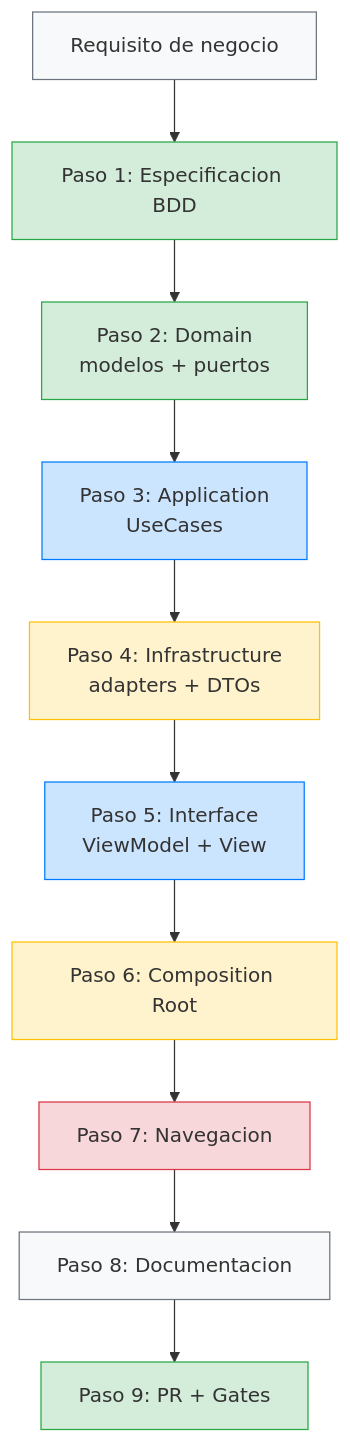
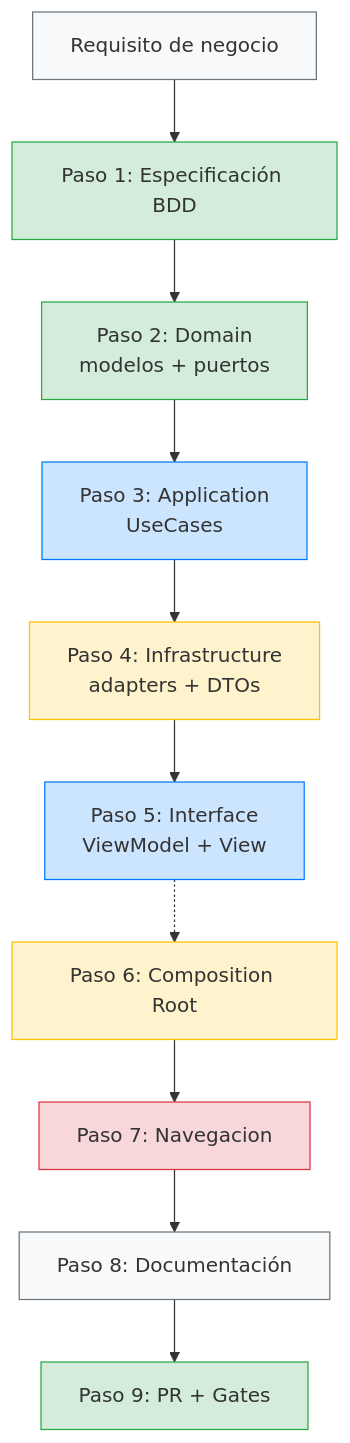
The diagram in anexos/guia-nueva-feature.md (SwiftEnProfundidad/stack-my-architecture-ios), drawn with Mermaid before and after one commit. The commit also changed other lines of this file and 130 other files, not shown here.

````diff
--- a/anexos/guia-nueva-feature.md
+++ b/anexos/guia-nueva-feature.md
@@ -332,23 +332,23 @@
 ```mermaid
 flowchart TD
-    REQ["Requisito de negocio"] --> BDD["Paso 1: Especificacion BDD"]
+    REQ["Requisito de negocio"] --> BDD["Paso 1: Especificación BDD"]
     BDD --> DOM["Paso 2: Domain<br/>modelos + puertos"]
     DOM --> APP["Paso 3: Application<br/>UseCases"]
     APP --> INF["Paso 4: Infrastructure<br/>adapters + DTOs"]
     INF --> UI["Paso 5: Interface<br/>ViewModel + View"]
-    UI --> WIRE["Paso 6: Composition Root"]
+    UI -.-> WIRE["Paso 6: Composition Root"]
     WIRE --> NAV["Paso 7: Navegacion"]
-    NAV --> DOC["Paso 8: Documentacion"]
+    NAV --> DOC["Paso 8: Documentación"]
     DOC --> PR["Paso 9: PR + Gates"]
 
     style REQ fill:#f8f9fa,stroke:#6c757d
     style BDD fill:#d4edda,stroke:#28a745
     style DOM fill:#d4edda,stroke:#28a745
     style APP fill:#cce5ff,stroke:#007bff
     style INF fill:#fff3cd,stroke:#ffc107
     style UI fill:#cce5ff,stroke:#007bff
     style WIRE fill:#fff3cd,stroke:#ffc107
     style NAV fill:#f8d7da,stroke:#dc3545
     style DOC fill:#f8f9fa,stroke:#6c757d
     style PR fill:#d4edda,stroke:#28a745
 ```
````
